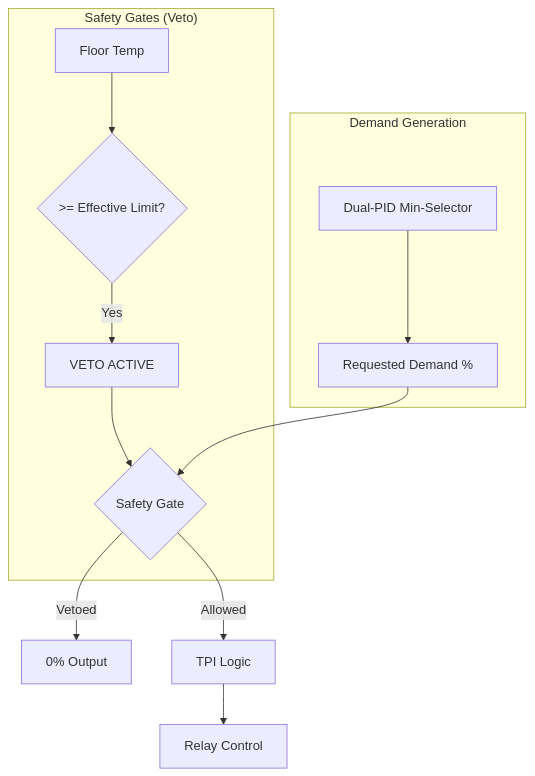
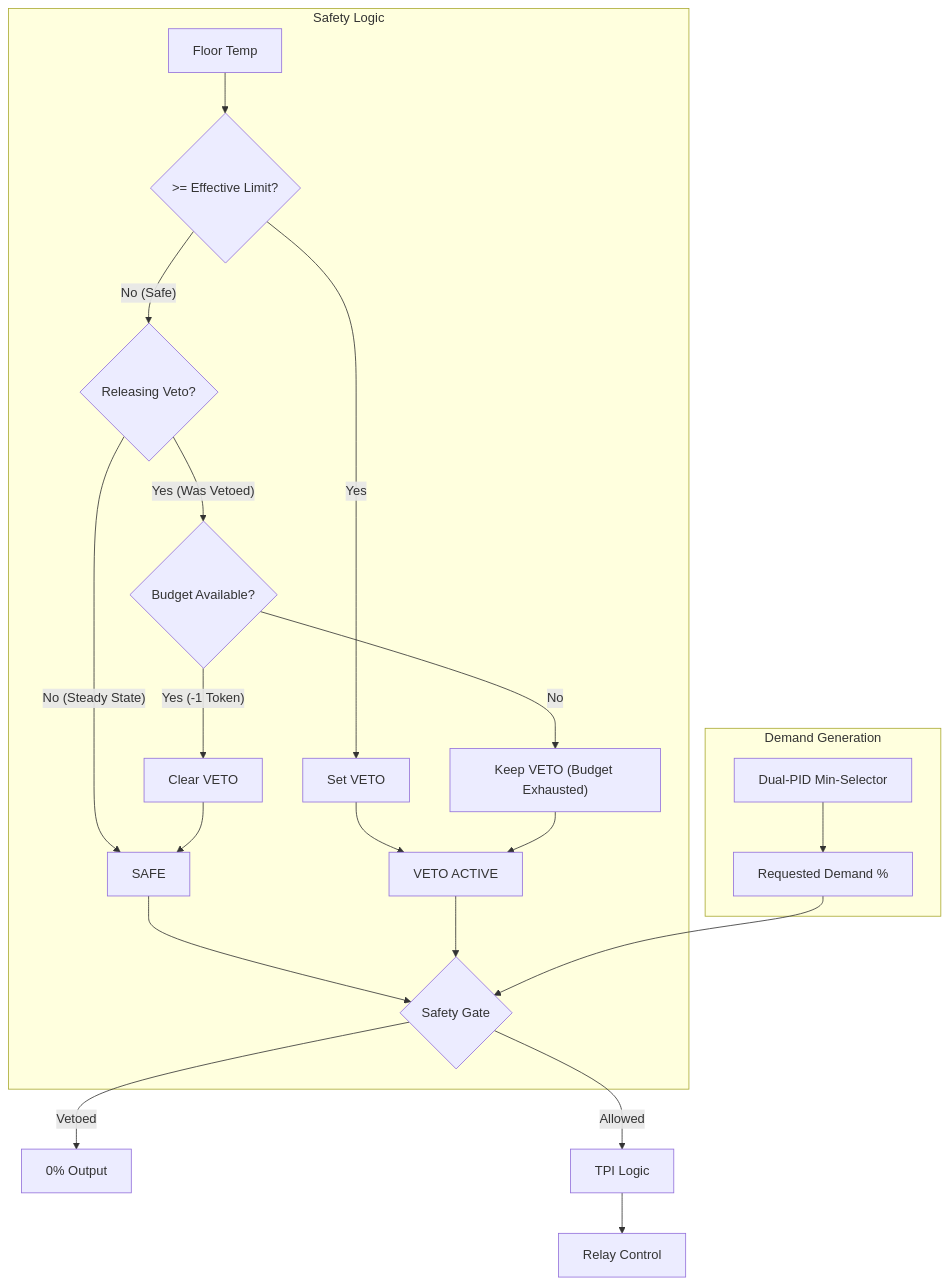
One commit to jellespijker/IR-floor-heating changed the first of 3 diagrams in README.md. Above: the diagram before and after it, drawn with Mermaid. The commit also changed other lines of this file, not shown here.

Commit message:
feat: Update README to reflect new safety logic and MIMO sensor fusion architecture

````diff
--- a/README.md
+++ b/README.md
@@ -45,17 +45,29 @@
 ```mermaid
 graph TD
     subgraph "Demand Generation"
         DualPID[Dual-PID Min-Selector] --> Demand[Requested Demand %]
     end
 
-    subgraph "Safety Gates (Veto)"
-        Floor[Floor Temp] --> CheckLimit{>= Effective Limit?}
-        CheckLimit -- Yes --> Veto[VETO ACTIVE]
-        Veto --> Gate{Safety Gate}
+    subgraph "Safety Logic"
+        Floor[Floor Temp] --> CheckLimit{">= Effective Limit?"}
+        CheckLimit -- Yes --> SetVeto[Set VETO]
+        CheckLimit -- "No (Safe)" --> CheckRelease{"Releasing Veto?"}
+        
+        CheckRelease -- "No (Steady State)" --> Safe[SAFE]
+        CheckRelease -- "Yes (Was Vetoed)" --> Budget{"Budget Available?"}
+        
+        Budget -- "Yes (-1 Token)" --> ClearVeto[Clear VETO]
+        Budget -- No --> KeepVeto["Keep VETO (Budget Exhausted)"]
+        
+        SetVeto --> VetoState[VETO ACTIVE]
+        KeepVeto --> VetoState
+        ClearVeto --> Safe
+        Safe --> Gate{Safety Gate}
+        VetoState --> Gate
     end
 
     Demand --> Gate
     Gate -- Vetoed --> Zero[0% Output]
     Gate -- Allowed --> TPI[TPI Logic]
     TPI --> Relay[Relay Control]
 ```
````
